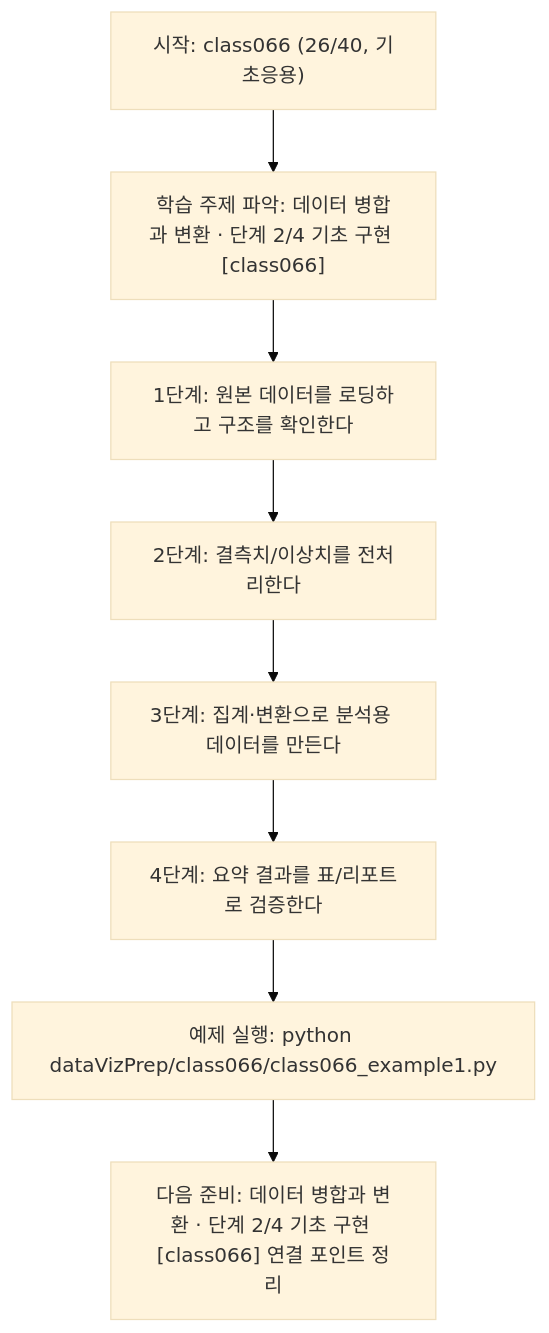
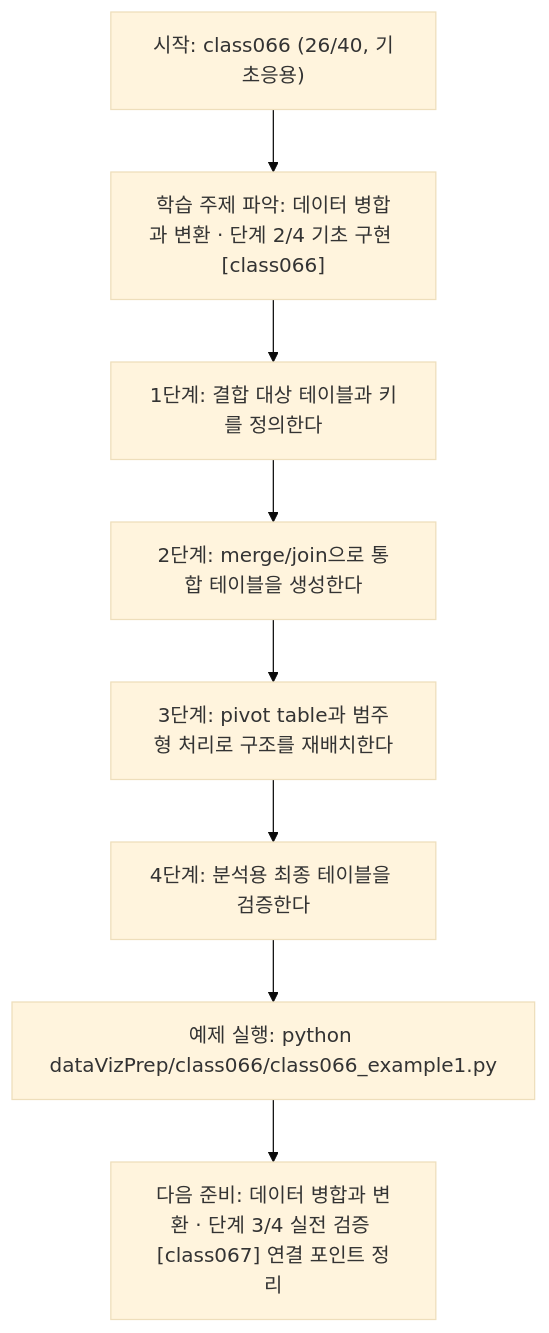
Before and after one commit to edumgt/Python-AI_Agent-Class: the diagram in dataVizPrep/class066/class066.md, drawn with Mermaid (base theme). The commit also changed other lines of this file and 283 other files, not shown here.

````diff
--- a/dataVizPrep/class066/class066.md
+++ b/dataVizPrep/class066/class066.md
@@ -111,18 +92,18 @@
 ```mermaid
 flowchart TD
 N1["시작: class066 (26/40, 기초응용)"]
 N2["학습 주제 파악: 데이터 병합과 변환 · 단계 2/4 기초 구현 [class066]"]
-N3["1단계: 원본 데이터를 로딩하고 구조를 확인한다"]
-N4["2단계: 결측치/이상치를 전처리한다"]
-N5["3단계: 집계·변환으로 분석용 데이터를 만든다"]
-N6["4단계: 요약 결과를 표/리포트로 검증한다"]
+N3["1단계: 결합 대상 테이블과 키를 정의한다"]
+N4["2단계: merge/join으로 통합 테이블을 생성한다"]
+N5["3단계: pivot table과 범주형 처리로 구조를 재배치한다"]
+N6["4단계: 분석용 최종 테이블을 검증한다"]
 N7["예제 실행: python dataVizPrep/class066/class066_example1.py"]
-N8["다음 준비: 데이터 병합과 변환 · 단계 2/4 기초 구현 [class066] 연결 포인트 정리"]
+N8["다음 준비: 데이터 병합과 변환 · 단계 3/4 실전 검증 [class067] 연결 포인트 정리"]
 N1 --> N2
 N2 --> N3
 N3 --> N4
 N4 --> N5
 N5 --> N6
 N6 --> N7
 N7 --> N8
 ```
````
